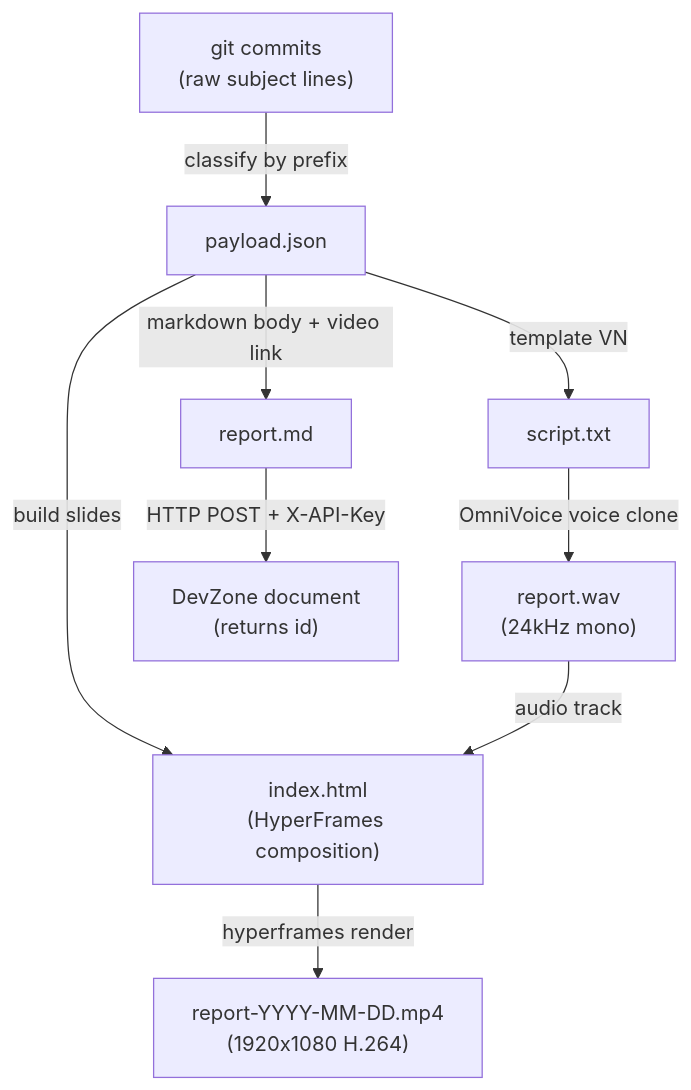
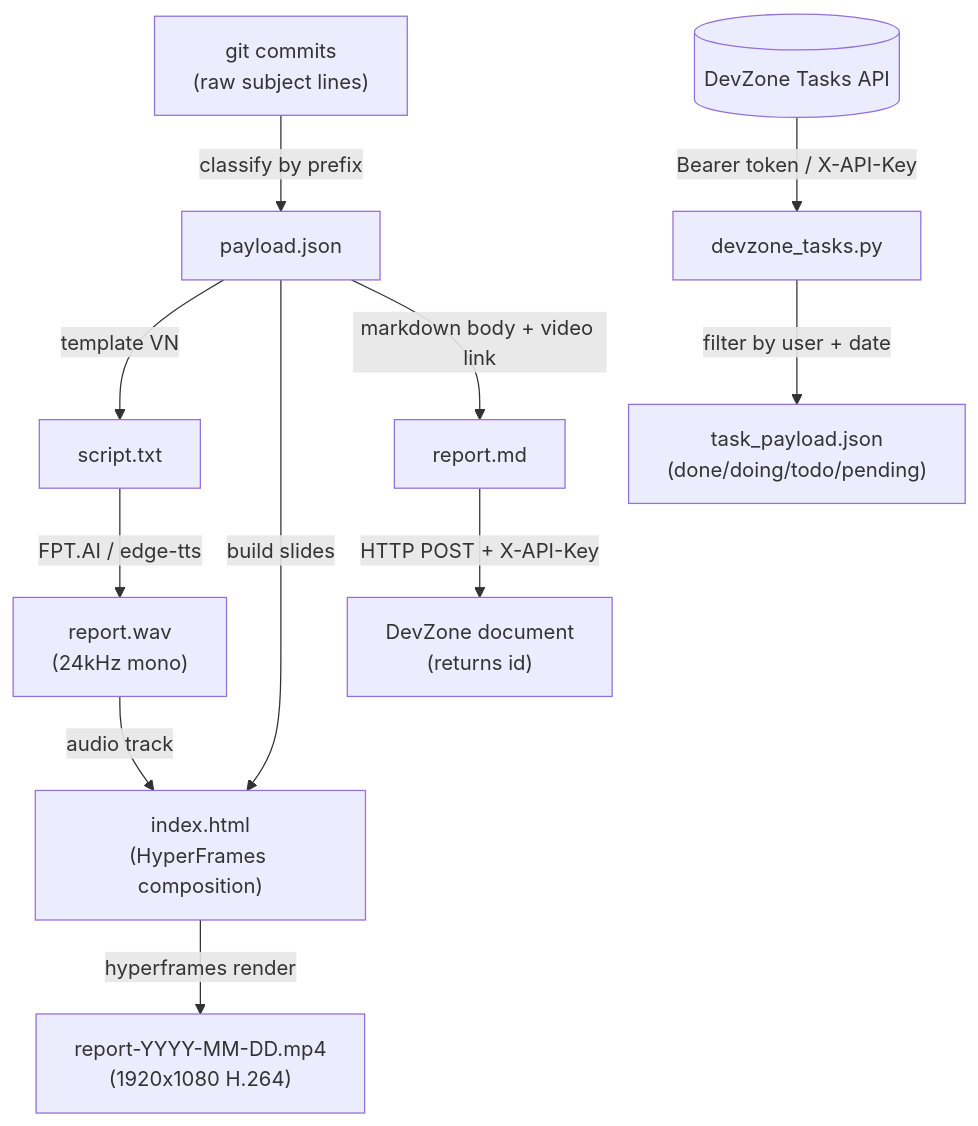
The second of 5 diagrams in ARCHITECTURE.md (thienpham1567/report-daily), drawn with Mermaid before and after one commit. The commit also changed other lines of this file and 12 other files, not shown here.

````diff
--- a/ARCHITECTURE.md
+++ b/ARCHITECTURE.md
@@ -50,11 +58,14 @@
 ```mermaid
 flowchart TD
     A["git commits<br/>(raw subject lines)"] -->|classify by prefix| B["payload.json"]
     B -->|template VN| C["script.txt"]
-    C -->|OmniVoice voice clone| D["report.wav<br/>(24kHz mono)"]
+    C -->|FPT.AI / edge-tts| D["report.wav<br/>(24kHz mono)"]
     B -->|build slides| E["index.html<br/>(HyperFrames composition)"]
     D -->|audio track| E
     E -->|hyperframes render| F["report-YYYY-MM-DD.mp4<br/>(1920x1080 H.264)"]
     B -->|markdown body + video link| G["report.md"]
     G -->|HTTP POST + X-API-Key| H["DevZone document<br/>(returns id)"]
+
+    I[("DevZone Tasks API")] --> |Bearer token / X-API-Key| J["devzone_tasks.py"]
+    J --> |filter by user + date| K["task_payload.json<br/>(done/doing/todo/pending)"]
 ```
````
